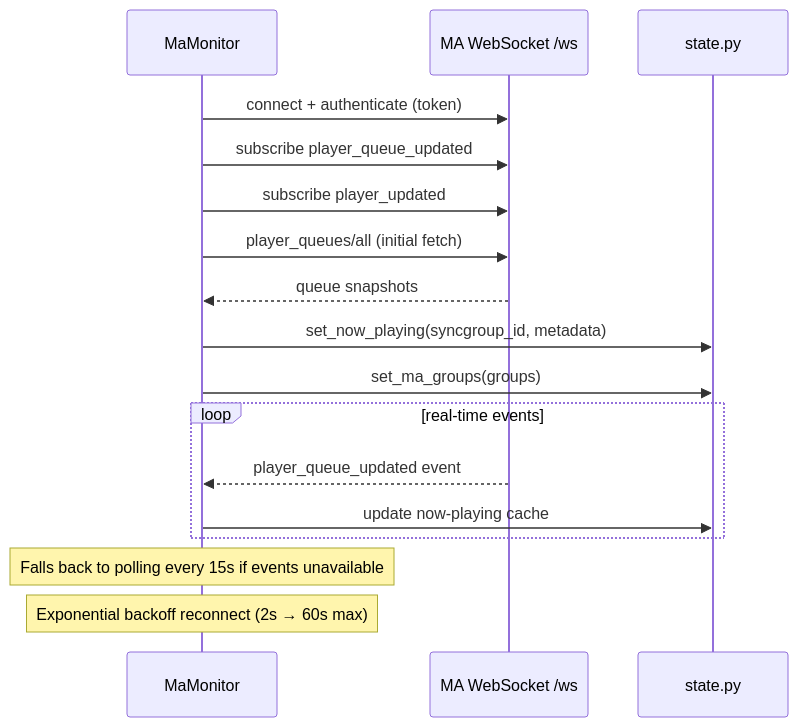
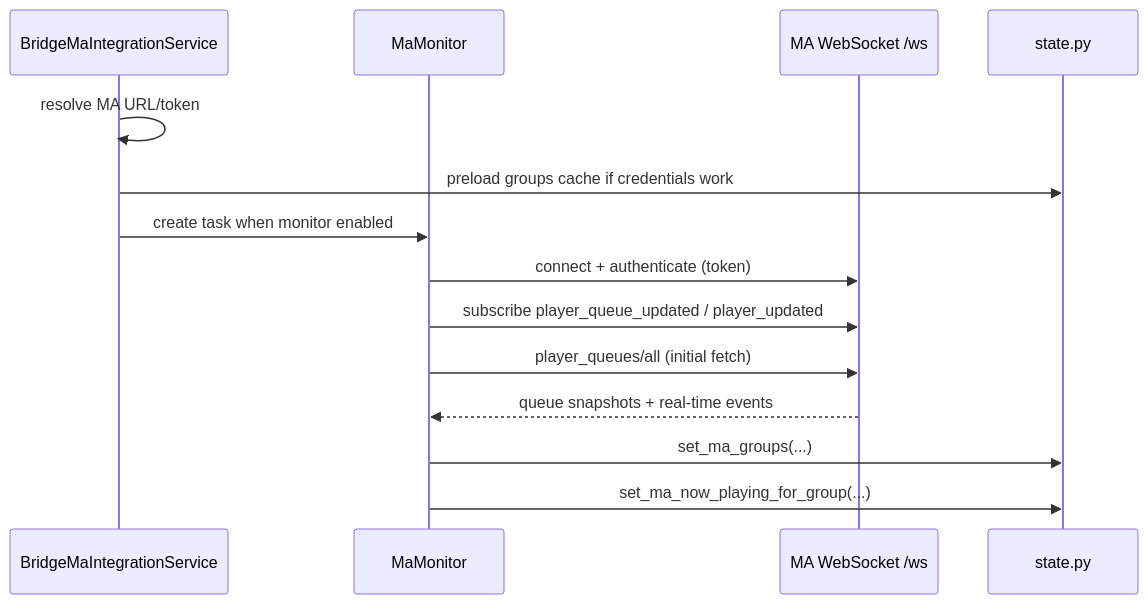
The ninth of 25 diagrams in docs-site/src/content/docs/architecture.md (trudenboy/sendspin-bt-bridge), drawn with Mermaid before and after one commit. The commit also changed other lines of this file and 33 other files, not shown here.

````diff
--- a/docs-site/src/content/docs/architecture.md
+++ b/docs-site/src/content/docs/architecture.md
@@ -416,20 +435,17 @@
 ```mermaid
 sequenceDiagram
+    participant MIS as BridgeMaIntegrationService
     participant MM as MaMonitor
     participant MA as MA WebSocket /ws
     participant ST as state.py
 
+    MIS->>MIS: resolve MA URL/token
+    MIS->>ST: preload groups cache if credentials work
+    MIS->>MM: create task when monitor enabled
     MM->>MA: connect + authenticate (token)
-    MM->>MA: subscribe player_queue_updated
-    MM->>MA: subscribe player_updated
+    MM->>MA: subscribe player_queue_updated / player_updated
     MM->>MA: player_queues/all (initial fetch)
-    MA-->>MM: queue snapshots
-    MM->>ST: set_now_playing(syncgroup_id, metadata)
-    MM->>ST: set_ma_groups(groups)
-    loop real-time events
-        MA-->>MM: player_queue_updated event
-        MM->>ST: update now-playing cache
-    end
-    Note over MM: Falls back to polling every 15s if events unavailable
-    Note over MM: Exponential backoff reconnect (2s → 60s max)
+    MA-->>MM: queue snapshots + real-time events
+    MM->>ST: set_ma_groups(...)
+    MM->>ST: set_ma_now_playing_for_group(...)
 ```
````
